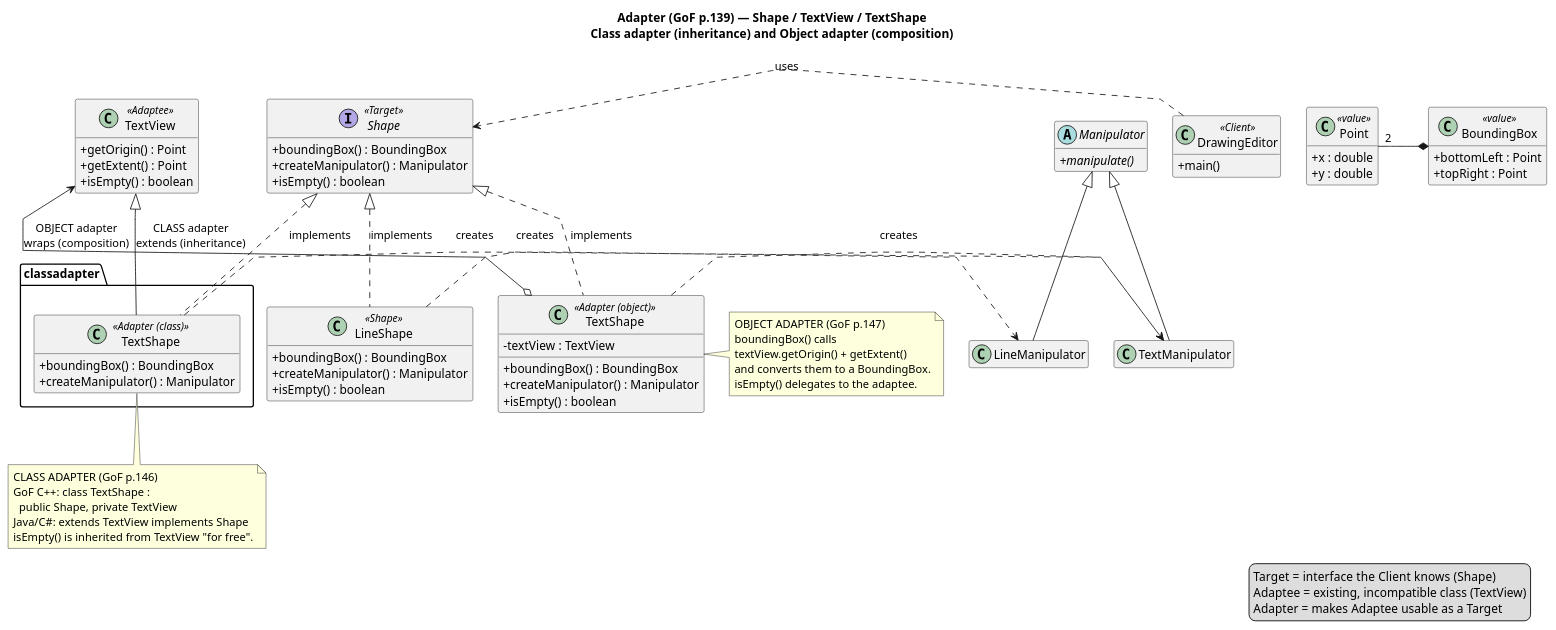
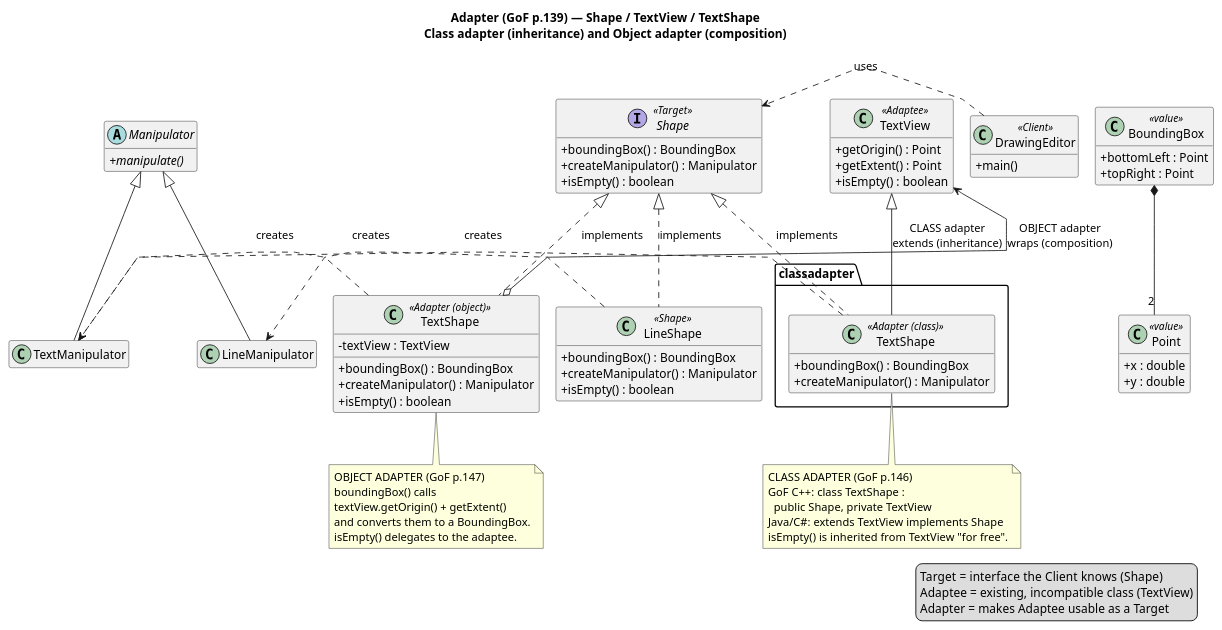
The diagram in src/main/java/dev/kaldiroglu/dp/structural/adapter/gof/CD4.puml (kaldiroglu/DesignPatternsWithJava), drawn with PlantUML before and after one commit. The commit also changed 54 other files, not shown here.

Commit message:
Diagrams: the last is-a families follow the layout rule; redrawn PNGs have a white background

```diff
--- a/src/main/java/dev/kaldiroglu/dp/structural/adapter/gof/CD4.puml
+++ b/src/main/java/dev/kaldiroglu/dp/structural/adapter/gof/CD4.puml
@@ -6,108 +6,122 @@
 @startuml adapter-class-diagram
+skinparam class {
+  BackgroundColor<<spacer>> transparent
+  BorderColor<<spacer>> transparent
+  FontColor<<spacer>> transparent
+}
+hide <<spacer>> stereotype
+hide <<spacer>> circle
+skinparam nodesep 20
 skinparam linetype polyline
-skinparam nodesep 30
 title Adapter (GoF p.139) — Shape / TextView / TextShape\nClass adapter (inheritance) and Object adapter (composition)
 
 skinparam classAttributeIconSize 0
 skinparam shadowing false
 hide empty members
 
 ' ---------- Target ----------
 interface Shape <<Target>> {
   +boundingBox() : BoundingBox
   +createManipulator() : Manipulator
   +isEmpty() : boolean
 }
 
 ' ---------- Adaptee ----------
 class TextView <<Adaptee>> {
   +getOrigin() : Point
   +getExtent() : Point
   +isEmpty() : boolean
 }
 
 ' ---------- Object Adapter ----------
 class TextShape <<Adapter (object)>> {
   -textView : TextView
   +boundingBox() : BoundingBox
   +createManipulator() : Manipulator
   +isEmpty() : boolean
 }
 
 ' ---------- Class Adapter ----------
 package classadapter {
   class "TextShape" as ClassTextShape <<Adapter (class)>> {
     +boundingBox() : BoundingBox
     +createManipulator() : Manipulator
   }
 }
 
 ' ---------- A native (non-adapted) Shape ----------
 class LineShape <<Shape>> {
   +boundingBox() : BoundingBox
   +createManipulator() : Manipulator
   +isEmpty() : boolean
 }
 
 ' ---------- Client ----------
 class DrawingEditor <<Client>> {
   +main()
 }
 
 ' ---------- Manipulators (factory products) ----------
 abstract class Manipulator {
   +{abstract} manipulate()
 }
 class TextManipulator
 class LineManipulator
 
 ' ---------- Value objects ----------
 class Point <<value>> {
   +x : double
   +y : double
 }
 class BoundingBox <<value>> {
   +bottomLeft : Point
   +topRight : Point
 }
 
 ' ===== Relationships =====
 Shape <|.. TextShape : implements
 Shape <|.. LineShape : implements
 
 Shape <|.. ClassTextShape : implements
 TextView <|-- ClassTextShape : CLASS adapter\nextends (inheritance)
 
 
 Manipulator <|-- TextManipulator
 Manipulator <|-- LineManipulator
 
 
-note right of TextShape
+note bottom of TextShape
   OBJECT ADAPTER (GoF p.147)
   boundingBox() calls
   textView.getOrigin() + getExtent()
   and converts them to a BoundingBox.
   isEmpty() delegates to the adaptee.
 end note
 
 note bottom of ClassTextShape
   CLASS ADAPTER (GoF p.146)
   GoF C++: class TextShape :
     public Shape, private TextView
   Java/C#: extends TextView implements Shape
   isEmpty() is inherited from TextView "for free".
 end note
 
 legend right
   Target  = interface the Client knows (Shape)
   Adaptee = existing, incompatible class (TextView)
   Adapter = makes Adaptee usable as a Target
 endlegend
 TextShape o-[norank]-> TextView : OBJECT adapter\nwraps (composition)
 DrawingEditor .[norank].> Shape : uses
 TextShape .[norank].> TextManipulator : creates
 ClassTextShape .[norank].> TextManipulator : creates
 LineShape .[norank].> LineManipulator : creates
-BoundingBox *-[norank]- "2" Point
+BoundingBox *-- "2" Point
+class " " as Spacer1 <<spacer>>
+class " " as Spacer2 <<spacer>>
+Manipulator -[hidden]- Spacer1
+Manipulator -[hidden]- Spacer1
+TextManipulator -[hidden]right- Spacer1
+Spacer1 -[hidden]right- Spacer2
+Spacer2 -[hidden]right- LineManipulator
 @enduml
```
